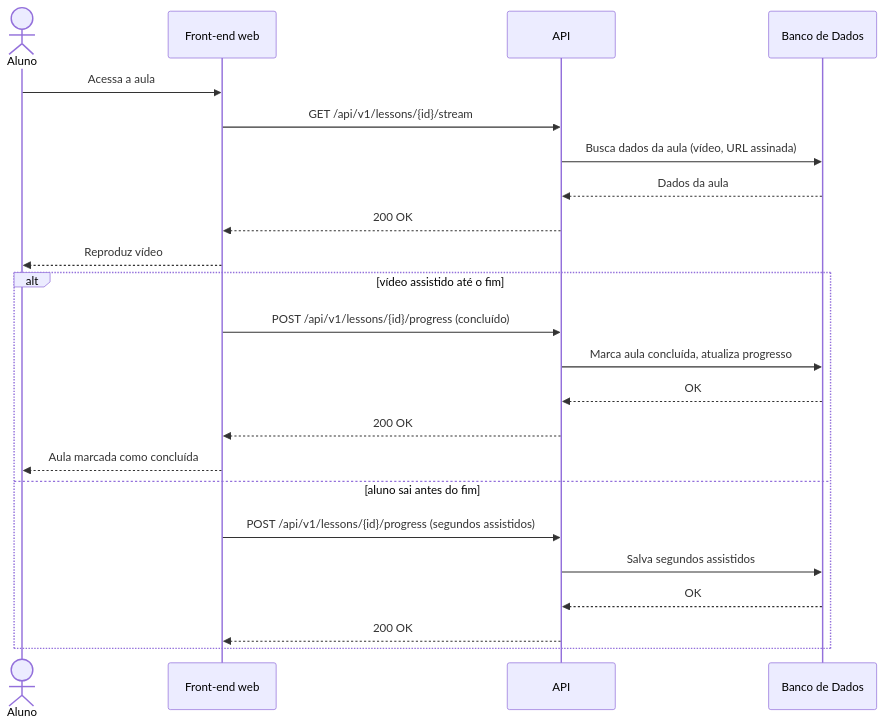
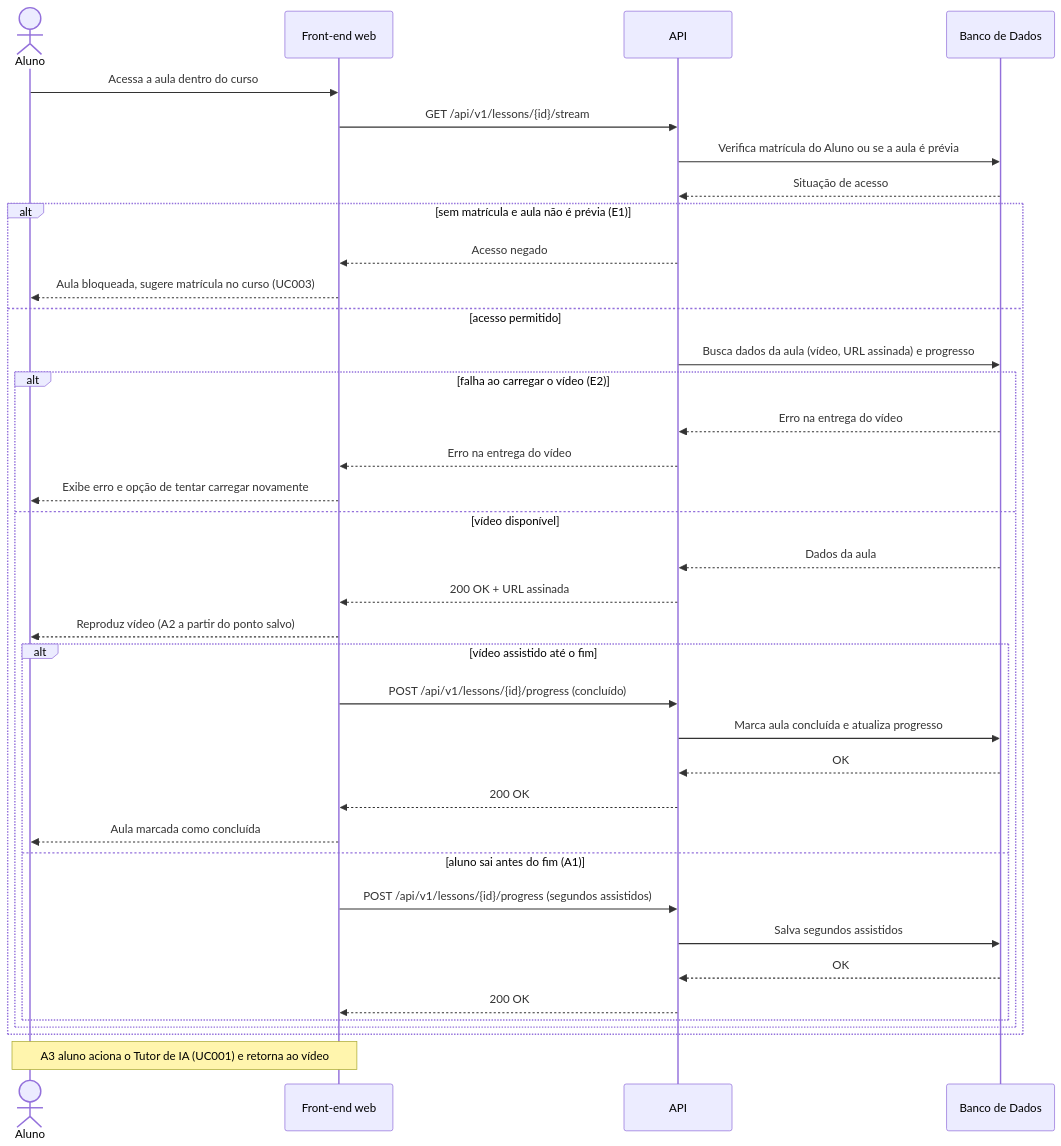
Before and after one commit to Plataforma-de-Cursos-TCC/plataforma-cursos-docs: the diagram in docs/ssd/UC009-assistir-aula.md, drawn with Mermaid. The commit also changed other lines of this file and 17 other files, not shown here.

````diff
--- a/docs/ssd/UC009-assistir-aula.md
+++ b/docs/ssd/UC009-assistir-aula.md
@@ -5,26 +5,40 @@
 ```mermaid
 sequenceDiagram
     actor Aluno
     participant FE as Front-end web
     participant API
     participant DB as Banco de Dados
 
-    Aluno->>FE: Acessa a aula
+    Aluno->>FE: Acessa a aula dentro do curso
     FE->>API: GET /api/v1/lessons/{id}/stream
-    API->>DB: Busca dados da aula (vídeo, URL assinada)
-    DB-->>API: Dados da aula
-    API-->>FE: 200 OK
-    FE-->>Aluno: Reproduz vídeo
-    alt vídeo assistido até o fim
-        FE->>API: POST /api/v1/lessons/{id}/progress (concluído)
-        API->>DB: Marca aula concluída, atualiza progresso
-        DB-->>API: OK
-        API-->>FE: 200 OK
-        FE-->>Aluno: Aula marcada como concluída
-    else aluno sai antes do fim
-        FE->>API: POST /api/v1/lessons/{id}/progress (segundos assistidos)
-        API->>DB: Salva segundos assistidos
-        DB-->>API: OK
-        API-->>FE: 200 OK
+    API->>DB: Verifica matrícula do Aluno ou se a aula é prévia
+    DB-->>API: Situação de acesso
+    alt sem matrícula e aula não é prévia (E1)
+        API-->>FE: Acesso negado
+        FE-->>Aluno: Aula bloqueada, sugere matrícula no curso (UC003)
+    else acesso permitido
+        API->>DB: Busca dados da aula (vídeo, URL assinada) e progresso
+        alt falha ao carregar o vídeo (E2)
+            DB-->>API: Erro na entrega do vídeo
+            API-->>FE: Erro na entrega do vídeo
+            FE-->>Aluno: Exibe erro e opção de tentar carregar novamente
+        else vídeo disponível
+            DB-->>API: Dados da aula
+            API-->>FE: 200 OK + URL assinada
+            FE-->>Aluno: Reproduz vídeo (A2 a partir do ponto salvo)
+            alt vídeo assistido até o fim
+                FE->>API: POST /api/v1/lessons/{id}/progress (concluído)
+                API->>DB: Marca aula concluída e atualiza progresso
+                DB-->>API: OK
+                API-->>FE: 200 OK
+                FE-->>Aluno: Aula marcada como concluída
+            else aluno sai antes do fim (A1)
+                FE->>API: POST /api/v1/lessons/{id}/progress (segundos assistidos)
+                API->>DB: Salva segundos assistidos
+                DB-->>API: OK
+                API-->>FE: 200 OK
+            end
+        end
     end
+    Note over Aluno,FE: A3 aluno aciona o Tutor de IA (UC001) e retorna ao vídeo
 ```
````
